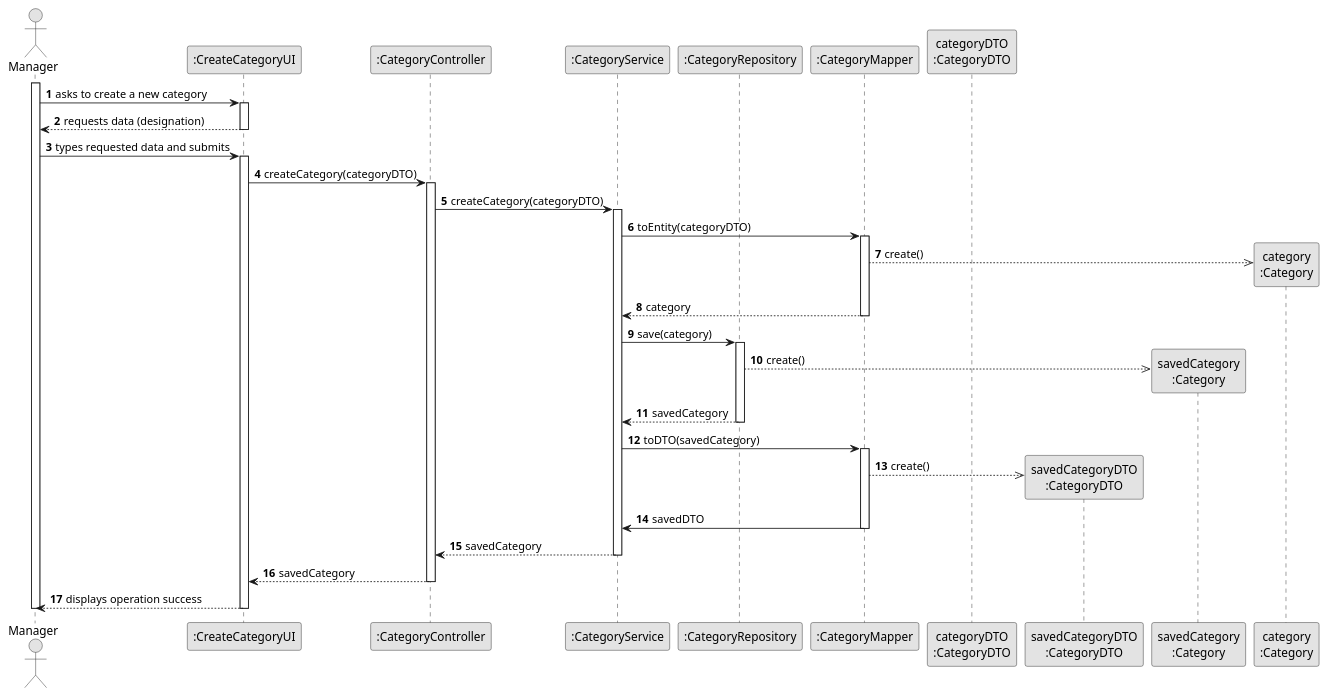
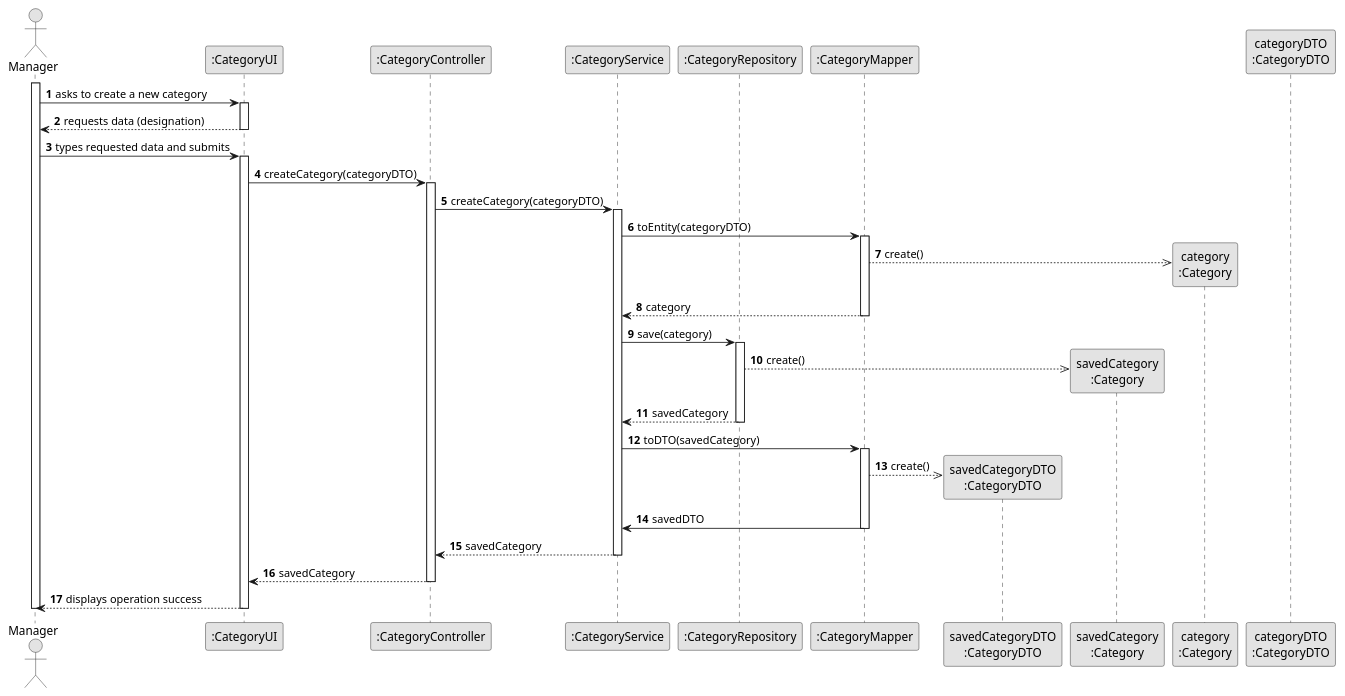
Before and after one commit to vivianeaalmeida/ComeAndGet: the diagram in Docs/US03/03-design/US03-SD.puml, drawn with PlantUML. The commit also changed 9 other files, not shown here.

```diff
--- a/Docs/US03/03-design/US03-SD.puml
+++ b/Docs/US03/03-design/US03-SD.puml
@@ -1,74 +1,73 @@
 @startuml
 skinparam monochrome true
 skinparam packageStyle rectangle
 skinparam shadowing false
 
 autonumber
 
 actor Manager as M
-participant ":CreateCategoryUI" as UI
+participant ":CategoryUI" as UI
 participant ":CategoryController" as CTRL
 participant ":CategoryService" as SERV
 participant ":CategoryRepository" as REPO
 participant ":CategoryMapper" as MAPPER
 
+participant "savedCategoryDTO\n:CategoryDTO" as SAVEDDTO
+participant "savedCategory\n:Category" as SAVEDCATEGORY
+participant "category\n:Category" as CATEGORY
 participant "categoryDTO\n:CategoryDTO" as DTO
-participant "savedCategoryDTO\n:CategoryDTO" as SAVEDDTO
 
-
-participant "savedCategory\n:Category" as SAVEDCATEGORY
-
-participant "category\n:Category" as CATEGORY
 
 activate M
 
     M -> UI : asks to create a new category
     activate UI
 
         UI --> M : requests data (designation)
     deactivate UI
 
     M -> UI : types requested data and submits
     activate UI
 
         UI -> CTRL : createCategory(categoryDTO)
         activate CTRL
 
             CTRL -> SERV : createCategory(categoryDTO)
             activate SERV
 
                     SERV -> MAPPER : toEntity(categoryDTO)
                 activate MAPPER
 
                     MAPPER -->> CATEGORY**: create()
 
                     MAPPER --> SERV : category
                 deactivate MAPPER
                 SERV -> REPO : save(category)
 
                 activate REPO
 
                     REPO -->> SAVEDCATEGORY**: create()
 
                     REPO --> SERV : savedCategory
                 deactivate REPO
 
                 SERV -> MAPPER : toDTO(savedCategory)
                 activate MAPPER
+
                 MAPPER -->> SAVEDDTO**: create()
 
                 MAPPER -> SERV : savedDTO
                 deactivate MAPPER
 
                 SERV --> CTRL : savedCategory
             deactivate SERV
 
             CTRL --> UI : savedCategory
         deactivate CTRL
 
         UI --> M : displays operation success
     deactivate UI
 
 deactivate M
 
 @enduml
```
